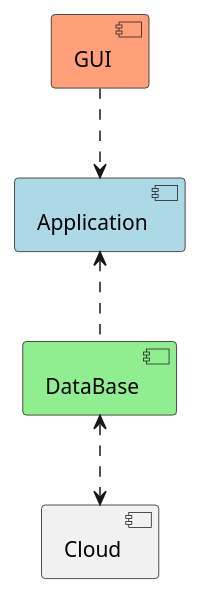
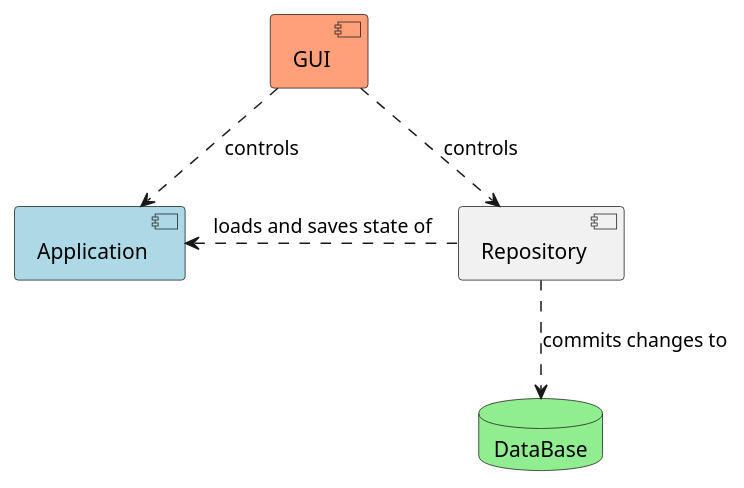
One commit to Uhgtred/Recipe_Shopping_List changed the diagram in Architecture/ComponentView.puml. Above: the diagram before and after it, drawn with PlantUML.

Commit message:
Slight refactoring of the architecture, using repository pattern

```diff
--- a/Architecture/ComponentView.puml
+++ b/Architecture/ComponentView.puml
@@ -1,14 +1,15 @@
 @startuml
 
 component Application #lightblue
 
-component DataBase #lightgreen
-DataBase .u.> Application
+database DataBase #lightgreen
+
+component Repository
+Repository .l.> Application: loads and saves state of
+Repository ..> DataBase: commits changes to
 
 component GUI #lightsalmon
-GUI ..> Application
-
-component Cloud
-Cloud <.u.> DataBase
+GUI ..> Application: controls
+GUI ..> Repository: controls
 
 @enduml
```
